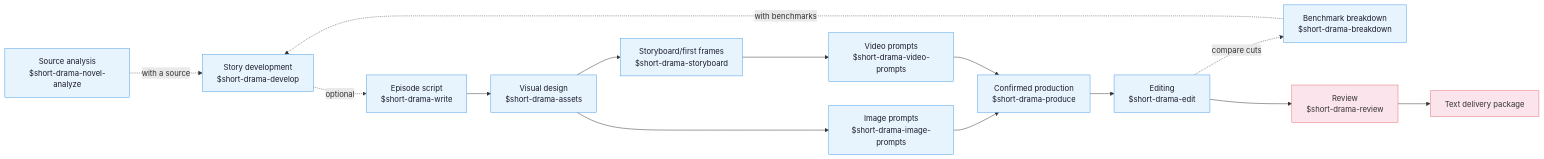
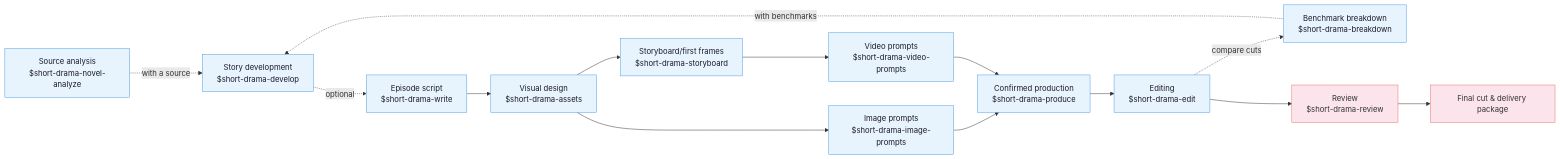
One commit to zenstory-ai/drama-skills changed the diagram in README_EN.md. Above: the diagram before and after it, drawn with Mermaid. The commit also changed other lines of this file and 28 other files, not shown here.

````diff
--- a/README_EN.md
+++ b/README_EN.md
@@ -208,28 +211,28 @@
 ```mermaid
 flowchart LR
     classDef phase fill:#e8f4fd,color:#1a1a2e,stroke:#4a9be8,stroke-width:1px
     classDef final fill:#fce4ec,color:#333,stroke:#e57373,stroke-width:1px
 
     nva["Source analysis<br/>$short-drama-novel-analyze"]:::phase
     brk["Benchmark breakdown<br/>$short-drama-breakdown"]:::phase
     dev["Story development<br/>$short-drama-develop"]:::phase
     write["Episode script<br/>$short-drama-write"]:::phase
     assets["Visual design<br/>$short-drama-assets"]:::phase
     img["Image prompts<br/>$short-drama-image-prompts"]:::phase
     sb["Storyboard/first frames<br/>$short-drama-storyboard"]:::phase
     vid["Video prompts<br/>$short-drama-video-prompts"]:::phase
     prod["Confirmed production<br/>$short-drama-produce"]:::phase
     cut["Editing<br/>$short-drama-edit"]:::phase
     rev["Review<br/>$short-drama-review"]:::final
-    pkg["Text delivery package"]:::final
+    pkg["Final cut & delivery package"]:::final
 
     nva -.with a source.-> dev
     brk -.with benchmarks.-> dev
     cut -.compare cuts.-> brk
     dev -.optional.-> write --> assets
     assets --> img
     assets --> sb --> vid
     img --> prod
     vid --> prod
     prod --> cut --> rev --> pkg
 ```
````
